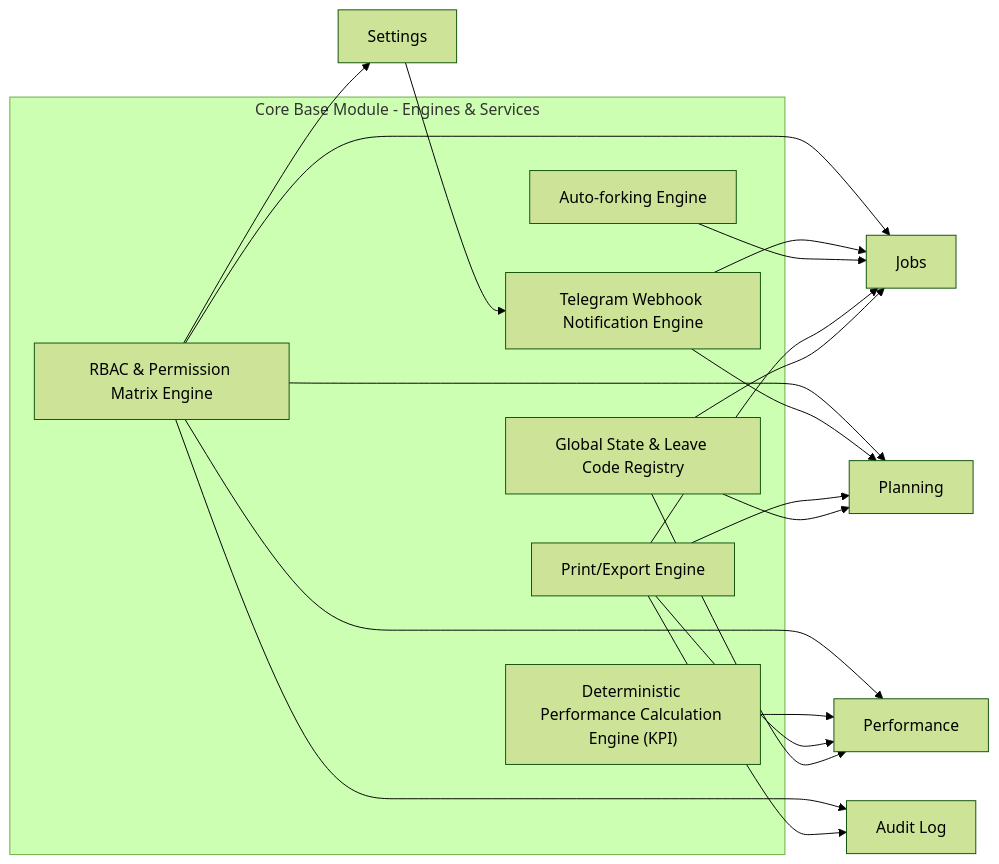
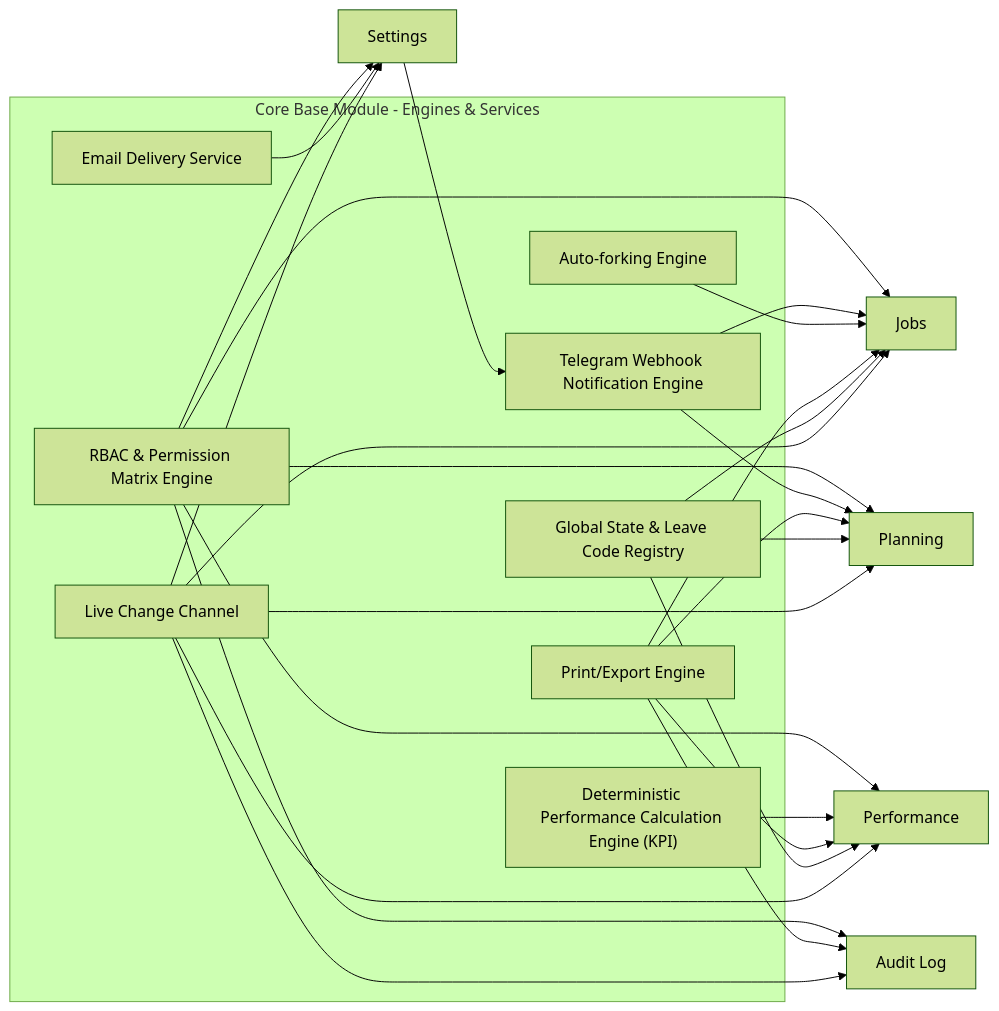
The third of 10 diagrams in SYSTEM_ARCHITECTURE_DIAGRAM.md (Lechcher/MES_project), drawn with Mermaid (forest theme) before and after one commit. The commit also changed other lines of this file and 1362 other files, not shown here.

````diff
--- a/SYSTEM_ARCHITECTURE_DIAGRAM.md
+++ b/SYSTEM_ARCHITECTURE_DIAGRAM.md
@@ -89,41 +91,51 @@
 ```mermaid
 flowchart LR
     subgraph CORE["Core Base Module - Engines & Services"]
         E1["RBAC & Permission Matrix Engine"]
         E2["Telegram Webhook Notification Engine"]
         E3["Deterministic Performance Calculation Engine (KPI)"]
         E4["Auto-forking Engine"]
         E5["Print/Export Engine"]
         E6["Global State & Leave Code Registry"]
+        E7["Email Delivery Service"]
+        E8["Live Change Channel"]
     end
 
     J["Jobs"]
     P["Planning"]
     F["Performance"]
     S["Settings"]
     A["Audit Log"]
 
     E1 --> J
     E1 --> P
     E1 --> F
     E1 --> S
     E1 --> A
 
     E2 --> J
     E2 --> P
 
     E3 --> F
 
     E4 --> J
 
     E5 --> J
     E5 --> P
     E5 --> F
     E5 --> A
 
     E6 --> J
     E6 --> P
     E6 --> F
 
+    E7 --> S
+
+    E8 --> J
+    E8 --> P
+    E8 --> F
+    E8 --> S
+    E8 --> A
+
     S --> E2
 ```
````
